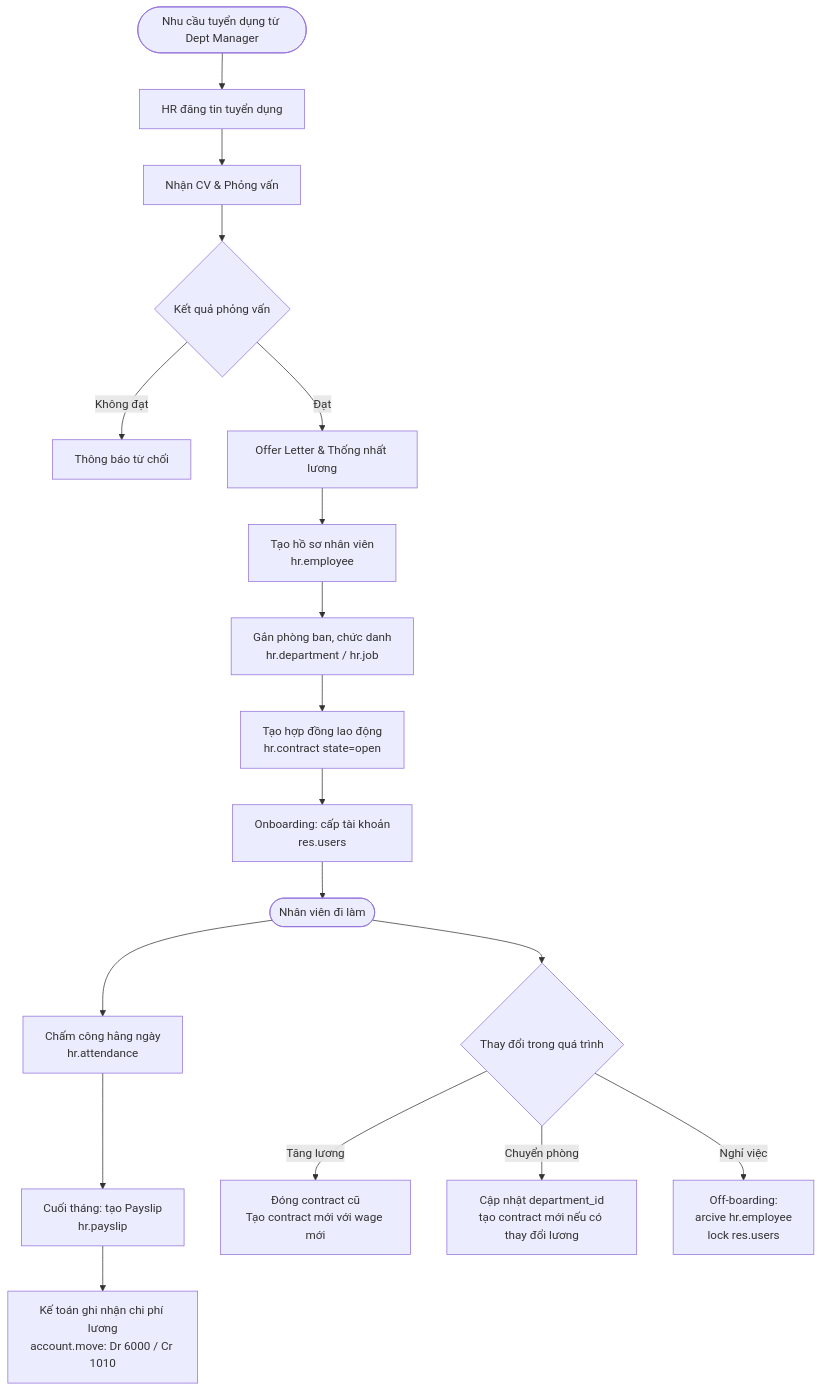
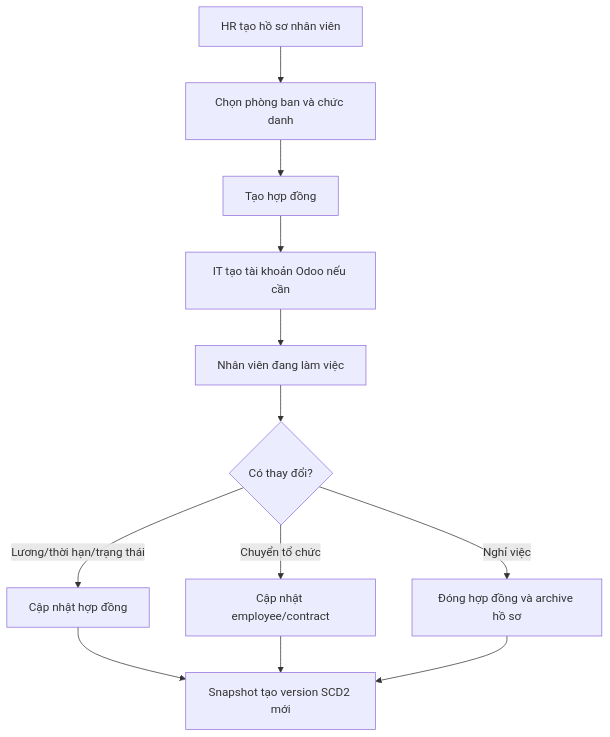
The second of 6 diagrams in docs/business/FRD-07-08-hr-dataops.md (vothanhphu9x-pixel/superstore_ecommerce), drawn with Mermaid before and after one commit. The commit also changed other lines of this file and 219 other files, not shown here.

````diff
--- a/docs/business/FRD-07-08-hr-dataops.md
+++ b/docs/business/FRD-07-08-hr-dataops.md
@@ -58,21 +44,14 @@
 ```mermaid
 flowchart TD
-    A([Nhu cầu tuyển dụng từ Dept Manager]) --> B[HR đăng tin tuyển dụng]
-    B --> C[Nhận CV & Phỏng vấn]
-    C --> D{Kết quả phỏng vấn}
-    D -->|Không đạt| E[Thông báo từ chối]
-    D -->|Đạt| F[Offer Letter & Thống nhất lương]
-    F --> G[Tạo hồ sơ nhân viên\nhr.employee]
-    G --> H[Gắn phòng ban, chức danh\nhr.department / hr.job]
-    H --> I[Tạo hợp đồng lao động\nhr.contract state=open]
-    I --> J[Onboarding: cấp tài khoản\nres.users]
-    J --> K([Nhân viên đi làm])
-    K --> L[Chấm công hằng ngày\nhr.attendance]
-    L --> M[Cuối tháng: tạo Payslip\nhr.payslip]
-    M --> N[Kế toán ghi nhận chi phí lương\naccount.move: Dr 6000 / Cr 1010]
-
-    K --> O{Thay đổi trong quá trình}
-    O -->|Tăng lương| P[Đóng contract cũ\nTạo contract mới với wage mới]
-    O -->|Chuyển phòng| Q[Cập nhật department_id\ntạo contract mới nếu có thay đổi lương]
-    O -->|Nghỉ việc| R[Off-boarding:\narcive hr.employee\nlock res.users]
+    A[HR tạo hồ sơ nhân viên] --> B[Chọn phòng ban và chức danh]
+    B --> C[Tạo hợp đồng]
+    C --> D[IT tạo tài khoản Odoo nếu cần]
+    D --> E[Nhân viên đang làm việc]
+    E --> F{Có thay đổi?}
+    F -->|Lương/thời hạn/trạng thái| G[Cập nhật hợp đồng]
+    F -->|Chuyển tổ chức| H[Cập nhật employee/contract]
+    F -->|Nghỉ việc| I[Đóng hợp đồng và archive hồ sơ]
+    G --> J[Snapshot tạo version SCD2 mới]
+    H --> J
+    I --> J
 ```
````
